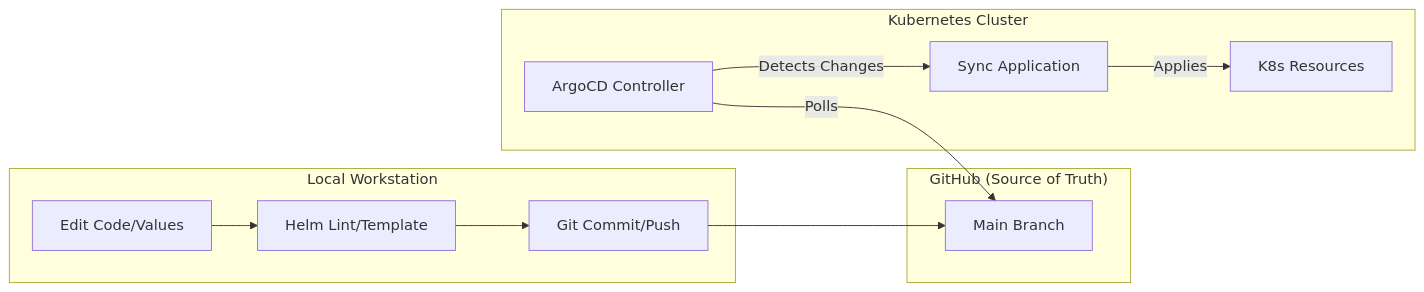
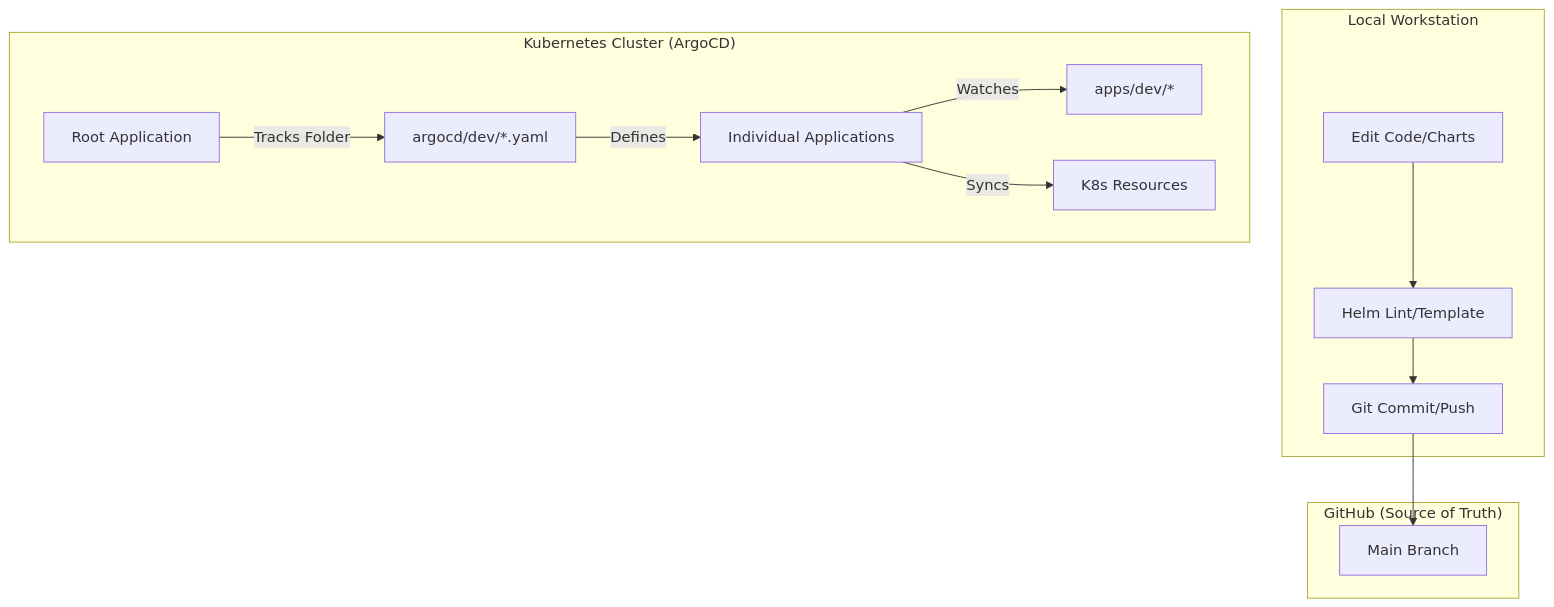
Before and after one commit to besanh/k8s-devops: the diagram in docs/05-flow.md, drawn with Mermaid. The commit also changed other lines of this file and 2 other files, not shown here.

Commit message:
docs: update architecture and GitOps flow diagrams, detail platform stack, and add platform UI access and management commands.

````diff
--- a/docs/05-flow.md
+++ b/docs/05-flow.md
@@ -9,17 +9,18 @@
 ```mermaid
-graph LR
+graph TD
     subgraph "Local Workstation"
-        A[Edit Code/Values] --> B[Helm Lint/Template]
+        A[Edit Code/Charts] --> B[Helm Lint/Template]
         B --> C[Git Commit/Push]
     end
 
     subgraph "GitHub (Source of Truth)"
         C --> D[Main Branch]
     end
 
-    subgraph "Kubernetes Cluster"
-        E[ArgoCD Controller] -- Polls --> D
-        E -- Detects Changes --> F[Sync Application]
-        F -- Applies --> G[K8s Resources]
+    subgraph "Kubernetes Cluster (ArgoCD)"
+        E[Root Application] -->|Tracks Folder| F[argocd/dev/*.yaml]
+        F -->|Defines| G[Individual Applications]
+        G -->|Watches| H[apps/dev/*]
+        G -->|Syncs| I[K8s Resources]
     end
 ```
````
